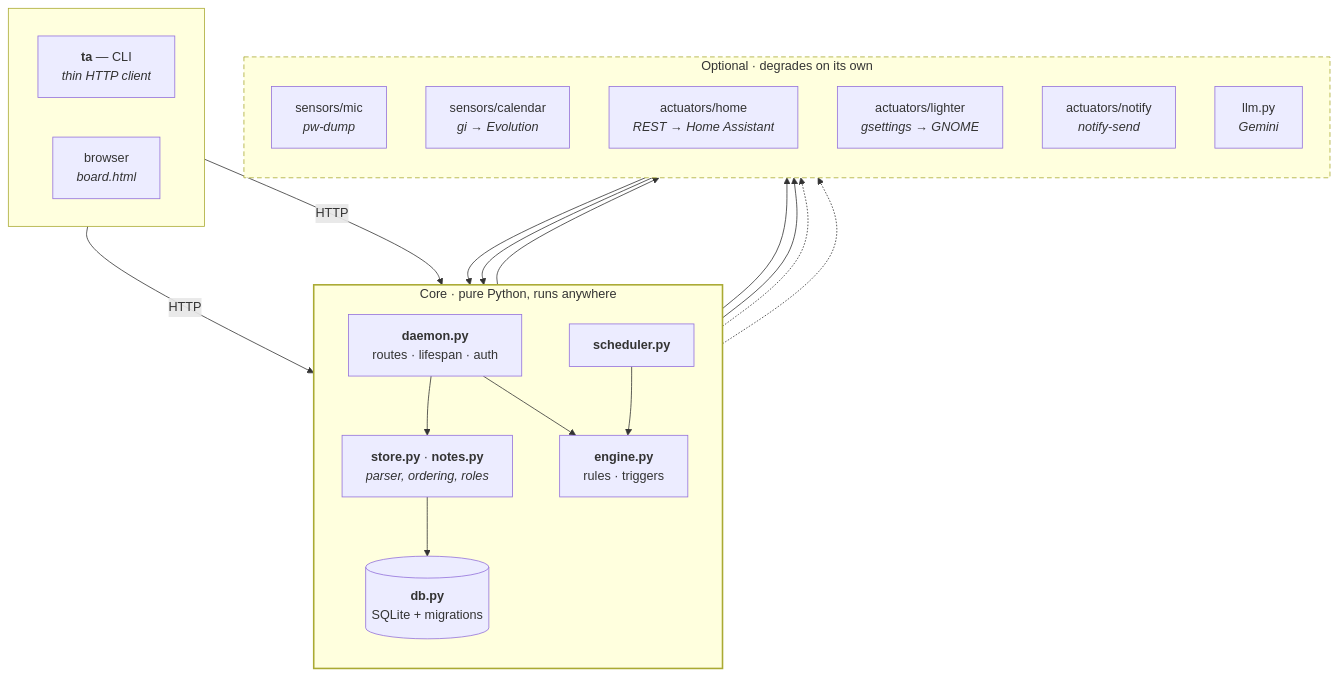
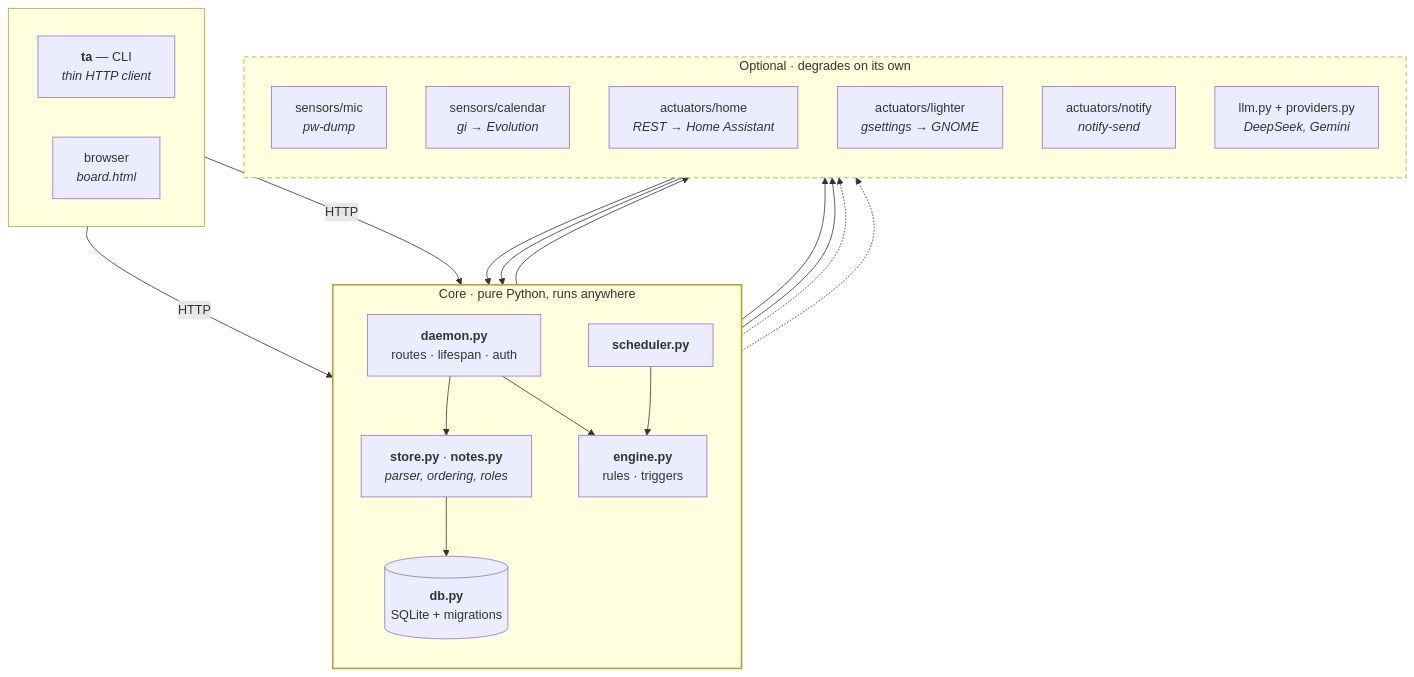
Before and after one commit to joaoferrete/terminal-assistant: the first of 3 diagrams in CONTRIBUTING.md, drawn with Mermaid. The commit also changed 14 other files, not shown here.

First line of the commit message:
feat(ai): provedores de LLM por tarefa, DeepSeek primeiro e Gemini de fallback

````diff
--- a/CONTRIBUTING.md
+++ b/CONTRIBUTING.md
@@ -21,44 +21,44 @@
 ```mermaid
 flowchart TB
     subgraph clients [ ]
         direction LR
         CLI["<b>ta</b> — CLI<br/><i>thin HTTP client</i>"]
         WEB["browser<br/><i>board.html</i>"]
     end
 
     CLI -- HTTP --> D
     WEB -- HTTP --> D
 
     subgraph core [Core · pure Python, runs anywhere]
         direction TB
         D["<b>daemon.py</b><br/>routes · lifespan · auth"]
         E["<b>engine.py</b><br/>rules · triggers"]
         SCH["<b>scheduler.py</b>"]
         ST["<b>store.py</b> · <b>notes.py</b><br/><i>parser, ordering, roles</i>"]
         DB[("<b>db.py</b><br/>SQLite + migrations")]
         D --> ST --> DB
         D --> E
         SCH --> E
     end
 
     subgraph opt [Optional · degrades on its own]
         direction TB
         MIC["sensors/mic<br/><i>pw-dump</i>"]
         CAL["sensors/calendar<br/><i>gi → Evolution</i>"]
         HOME["actuators/home<br/><i>REST → Home Assistant</i>"]
         LIT["actuators/lighter<br/><i>gsettings → GNOME</i>"]
         NOT["actuators/notify<br/><i>notify-send</i>"]
-        LLM["llm.py<br/><i>Gemini</i>"]
+        LLM["llm.py + providers.py<br/><i>DeepSeek, Gemini</i>"]
     end
 
     MIC --> E
     CAL --> E
     E --> HOME
     E --> LIT
     E --> NOT
     D -.-> LLM
     D -.-> CAL
 
     style opt stroke-dasharray: 6 4
     style core stroke-width:2px
 ```
````
